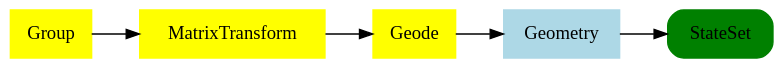
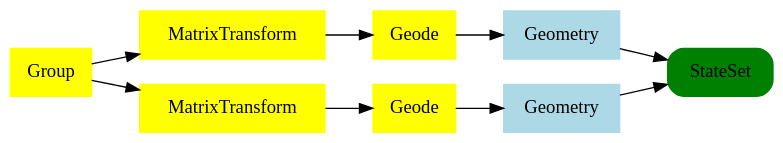
One commit to pedro-vales/IGM-OSG changed the diagram in scene_graph.dot. Above: the diagram before and after it, drawn with Graphviz. The commit also changed 5 other files, not shown here.

```diff
--- a/scene_graph.dot
+++ b/scene_graph.dot
@@ -1,12 +1,19 @@
 digraph osg_scenegraph { rankdir = LR;
 bgcolor=transparent;
 0[shape="record" ,label="<top> Group" ,style="solid, filled" ,color="yellow" ,fillColor="black"]
 1[shape="record" ,label="<top> MatrixTransform" ,style="solid, filled" ,color="yellow" ,fillColor="black"]
 2[shape="record" ,label="<top> Geode" ,style="solid, filled" ,color="yellow" ,fillColor="black"]
 3[shape="record" ,label="<top> Geometry" ,style="solid, filled" ,color="lightblue" ,fillColor="black"]
 4[shape="Mrecord" ,label="<top> StateSet" ,style="solid, filled" ,color="green" ,fillColor="black"]
+5[shape="record" ,label="<top> MatrixTransform" ,style="solid, filled" ,color="yellow" ,fillColor="black"]
+6[shape="record" ,label="<top> Geode" ,style="solid, filled" ,color="yellow" ,fillColor="black"]
+7[shape="record" ,label="<top> Geometry" ,style="solid, filled" ,color="lightblue" ,fillColor="black"]
 3:top -> 4:top [style=""];
 2:top -> 3:top [style=""];
 1:top -> 2:top [style=""];
+7:top -> 4:top [style=""];
+6:top -> 7:top [style=""];
+5:top -> 6:top [style=""];
 0:top -> 1:top [style=""];
+0:top -> 5:top [style=""];
 }
```
